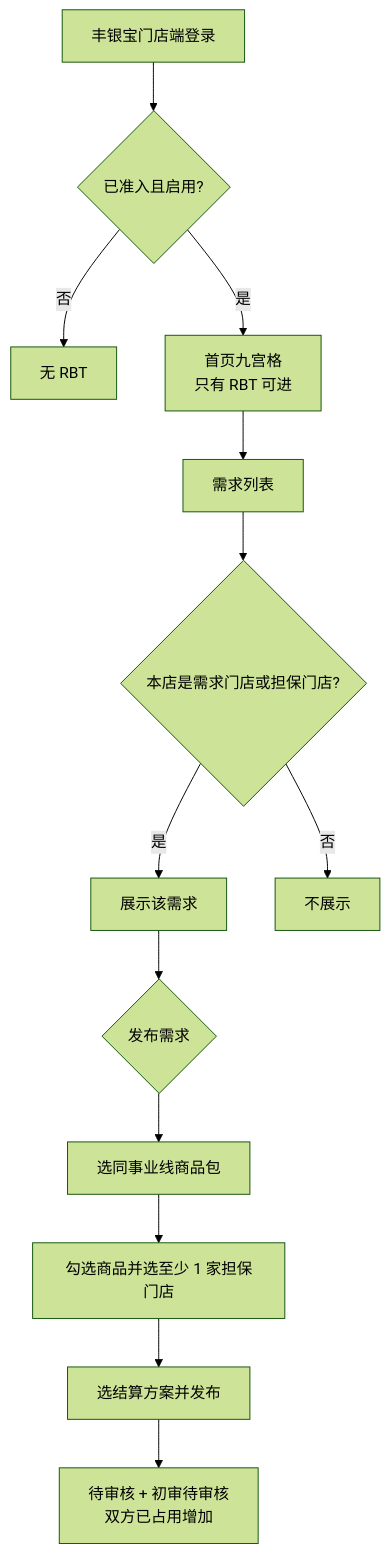
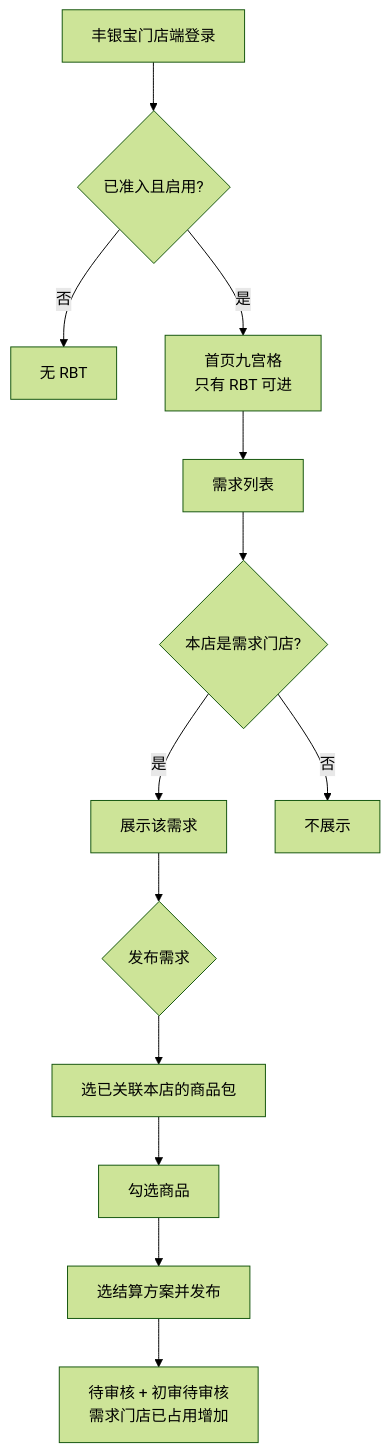
Before and after one commit to 342-droid/LFerp: the fourth of 7 diagrams in RBT/docs/整体业务流程图.md, drawn with Mermaid (forest theme). The commit also changed other lines of this file and 32 other files, not shown here.

````diff
--- a/RBT/docs/整体业务流程图.md
+++ b/RBT/docs/整体业务流程图.md
@@ -117,15 +114,15 @@
 ```mermaid
 flowchart TB
   H0[丰银宝门店端登录] --> H1{已准入且启用?}
   H1 -->|否| HX[无 RBT]
   H1 -->|是| H2[首页九宫格<br/>只有 RBT 可进]
   H2 --> H3[需求列表]
-  H3 --> H4{本店是需求门店或担保门店?}
+  H3 --> H4{本店是需求门店?}
   H4 -->|是| H5[展示该需求]
   H4 -->|否| H6[不展示]
   H5 --> H7{发布需求}
-  H7 --> H8[选同事业线商品包]
-  H8 --> H9[勾选商品并选至少 1 家担保门店]
+  H7 --> H8[选已关联本店的商品包]
+  H8 --> H9[勾选商品]
   H9 --> H10[选结算方案并发布]
-  H10 --> H11[待审核 + 初审待审核<br/>双方已占用增加]
+  H10 --> H11[待审核 + 初审待审核<br/>需求门店已占用增加]
 ```
````
